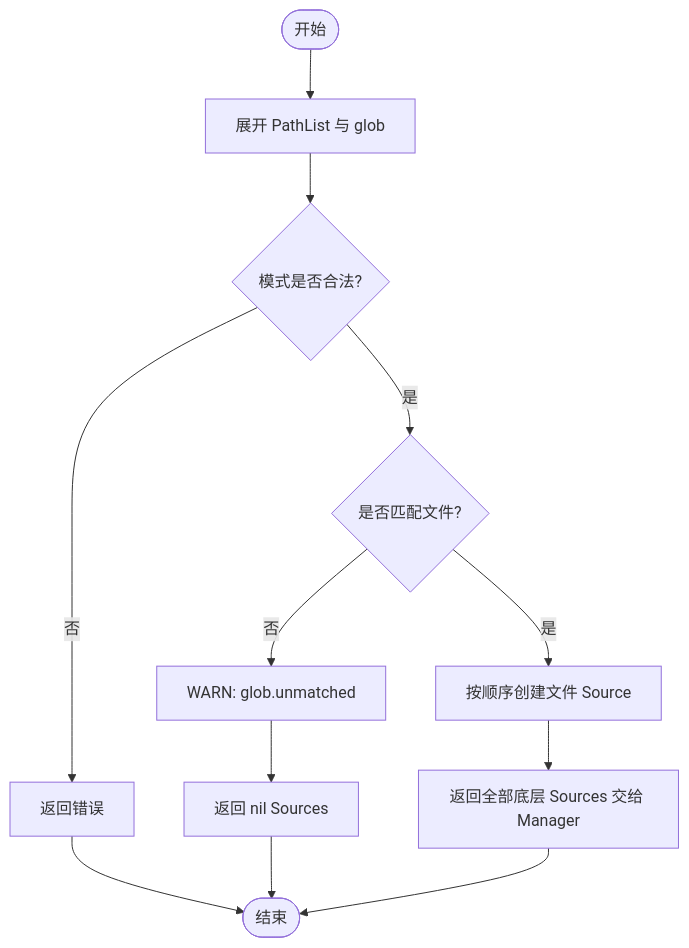
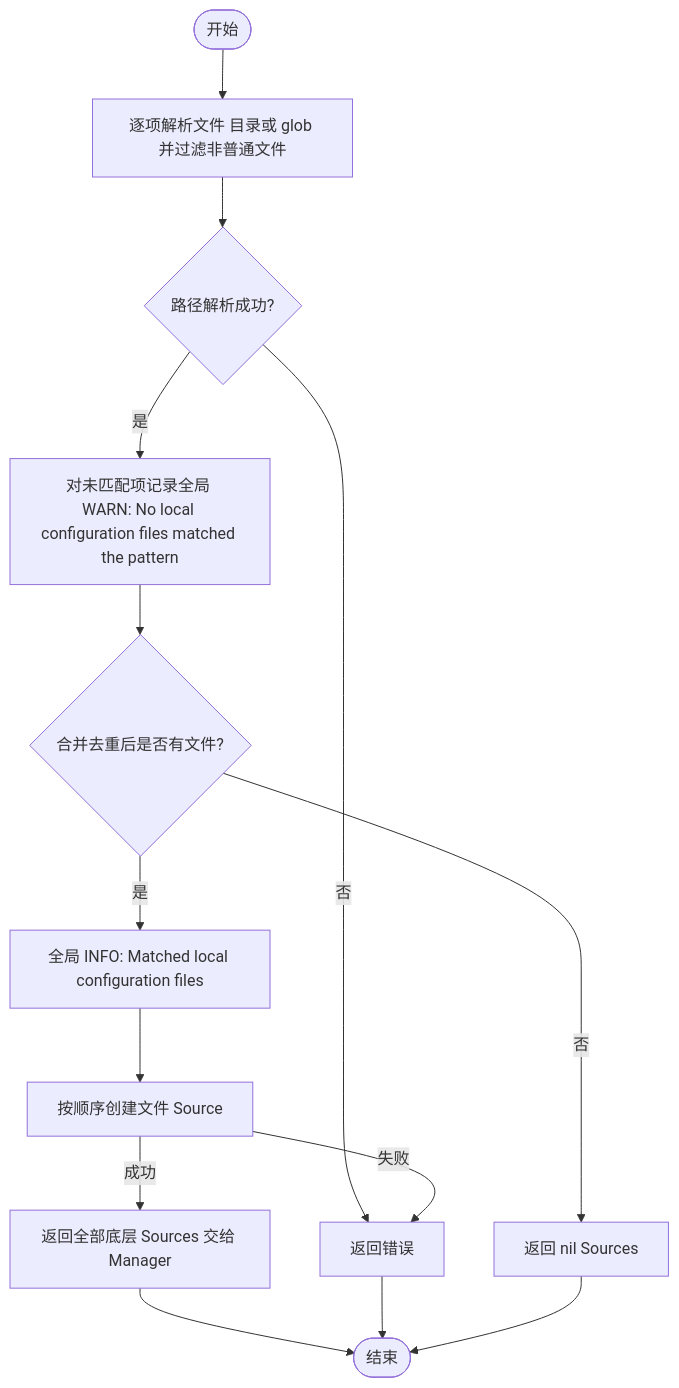
One commit to jaggerzhuang1994/kratos-foundation changed the second of 2 diagrams in contrib/config/file/README.md. Above: the diagram before and after it, drawn with Mermaid. The commit also changed other lines of this file and 96 other files, not shown here.

````diff
--- a/contrib/config/file/README.md
+++ b/contrib/config/file/README.md
@@ -46,14 +59,16 @@
 ```mermaid
 flowchart TD
-    A([开始]) --> B[展开 PathList 与 glob]
-    B --> C{模式是否合法?}
+    A([开始]) --> B[逐项解析文件 目录或 glob 并过滤非普通文件]
+    B --> C{路径解析成功?}
     C -- 否 --> D[返回错误]
-    C -- 是 --> E{是否匹配文件?}
-    E -- 否 --> F[WARN: glob.unmatched]
-    F --> G[返回 nil Sources]
-    E -- 是 --> H[按顺序创建文件 Source]
-    H --> J[返回全部底层 Sources 交给 Manager]
+    C -- 是 --> F[对未匹配项记录全局 WARN: No local configuration files matched the pattern]
+    F --> E{合并去重后是否有文件?}
+    E -- 否 --> G[返回 nil Sources]
+    E -- 是 --> O[全局 INFO: Matched local configuration files]
+    O --> H[按顺序创建文件 Source]
+    H -- 成功 --> J[返回全部底层 Sources 交给 Manager]
+    H -- 失败 --> D
     J --> L([结束])
     D --> L
     G --> L
 ```
````
